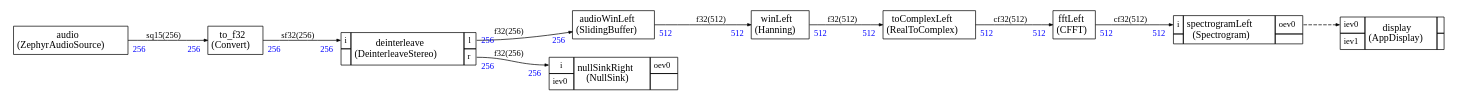
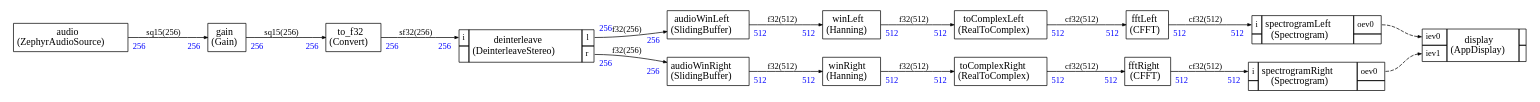
One commit to christophe0606/ZephyrAI changed the diagram in src/stream/scheduler/graph.dot. Above: the diagram before and after it, drawn with Graphviz. The commit also changed 13 other files, not shown here.

Commit message:
Spectrogram on Zephyr with display

```diff
--- a/src/stream/scheduler/graph.dot
+++ b/src/stream/scheduler/graph.dot
@@ -25,6 +25,13 @@
   </TR>
 </TABLE>>];
 
+audioWinRight [label=<
+<TABLE color="black" bgcolor="none" BORDER="0" CELLBORDER="1" CELLSPACING="0" CELLPADDING="4">
+  <TR>
+    <TD ALIGN="CENTER" PORT="i"><FONT COLOR="black" POINT-SIZE="14.0">audioWinRight<BR/>(SlidingBuffer)</FONT></TD>
+  </TR>
+</TABLE>>];
+
 
 deinterleave [label=<
 <TABLE color="black" bgcolor="none" BORDER="0" CELLBORDER="1" CELLSPACING="0" CELLPADDING="4">
@@ -48,20 +55,18 @@
   </TR>
 </TABLE>>];
 
-
-nullSinkRight [label=<
+fftRight [label=<
 <TABLE color="black" bgcolor="none" BORDER="0" CELLBORDER="1" CELLSPACING="0" CELLPADDING="4">
   <TR>
-    <TD PORT="i"><FONT POINT-SIZE="12.0" COLOR="black">i</FONT></TD>
-    <TD ALIGN="CENTER" ROWSPAN="2"><FONT COLOR="black" POINT-SIZE="14.0">nullSinkRight<BR/>(NullSink)</FONT></TD>
-    <TD PORT="oev0"><FONT POINT-SIZE="12.0" COLOR="black">oev0</FONT></TD>
+    <TD ALIGN="CENTER" PORT="i"><FONT COLOR="black" POINT-SIZE="14.0">fftRight<BR/>(CFFT)</FONT></TD>
   </TR>
-<TR>
-<TD PORT="iev0"><FONT POINT-SIZE="12.0" COLOR="black">iev0</FONT></TD>
+</TABLE>>];
 
- 
-<TD></TD></TR>
-
+gain [label=<
+<TABLE color="black" bgcolor="none" BORDER="0" CELLBORDER="1" CELLSPACING="0" CELLPADDING="4">
+  <TR>
+    <TD ALIGN="CENTER" PORT="i"><FONT COLOR="black" POINT-SIZE="14.0">gain<BR/>(Gain)</FONT></TD>
+  </TR>
 </TABLE>>];
 
 
@@ -80,10 +85,33 @@
 
 </TABLE>>];
 
+
+spectrogramRight [label=<
+<TABLE color="black" bgcolor="none" BORDER="0" CELLBORDER="1" CELLSPACING="0" CELLPADDING="4">
+  <TR>
+    <TD PORT="i"><FONT POINT-SIZE="12.0" COLOR="black">i</FONT></TD>
+    <TD ALIGN="CENTER" ROWSPAN="2"><FONT COLOR="black" POINT-SIZE="14.0">spectrogramRight<BR/>(Spectrogram)</FONT></TD>
+    <TD PORT="oev0"><FONT POINT-SIZE="12.0" COLOR="black">oev0</FONT></TD>
+  </TR>
+<TR>
+ 
+<TD></TD>
+ 
+<TD></TD></TR>
+
+</TABLE>>];
+
 toComplexLeft [label=<
 <TABLE color="black" bgcolor="none" BORDER="0" CELLBORDER="1" CELLSPACING="0" CELLPADDING="4">
   <TR>
     <TD ALIGN="CENTER" PORT="i"><FONT COLOR="black" POINT-SIZE="14.0">toComplexLeft<BR/>(RealToComplex)</FONT></TD>
+  </TR>
+</TABLE>>];
+
+toComplexRight [label=<
+<TABLE color="black" bgcolor="none" BORDER="0" CELLBORDER="1" CELLSPACING="0" CELLPADDING="4">
+  <TR>
+    <TD ALIGN="CENTER" PORT="i"><FONT COLOR="black" POINT-SIZE="14.0">toComplexRight<BR/>(RealToComplex)</FONT></TD>
   </TR>
 </TABLE>>];
 
@@ -98,6 +126,13 @@
 <TABLE color="black" bgcolor="none" BORDER="0" CELLBORDER="1" CELLSPACING="0" CELLPADDING="4">
   <TR>
     <TD ALIGN="CENTER" PORT="i"><FONT COLOR="black" POINT-SIZE="14.0">winLeft<BR/>(Hanning)</FONT></TD>
+  </TR>
+</TABLE>>];
+
+winRight [label=<
+<TABLE color="black" bgcolor="none" BORDER="0" CELLBORDER="1" CELLSPACING="0" CELLPADDING="4">
+  <TR>
+    <TD ALIGN="CENTER" PORT="i"><FONT COLOR="black" POINT-SIZE="14.0">winRight<BR/>(Hanning)</FONT></TD>
   </TR>
 </TABLE>>];
 
@@ -119,7 +154,13 @@
 
 
 
-audio:i -> to_f32:i [style="solid",color="black",fontsize="12.0",fontcolor="black",label=<sq15(256)>
+audio:i -> gain:i [style="solid",color="black",fontsize="12.0",fontcolor="black",label=<sq15(256)>
+,headlabel=<<TABLE BORDER="0" CELLPADDING="4"><TR><TD><FONT COLOR="blue" POINT-SIZE="12.0" >256</FONT>
+</TD></TR></TABLE>>
+,taillabel=<<TABLE BORDER="0" CELLPADDING="4"><TR><TD><FONT COLOR="blue" POINT-SIZE="12.0" >256</FONT>
+</TD></TR></TABLE>>]
+
+gain:i -> to_f32:i [style="solid",color="black",fontsize="12.0",fontcolor="black",label=<sq15(256)>
 ,headlabel=<<TABLE BORDER="0" CELLPADDING="4"><TR><TD><FONT COLOR="blue" POINT-SIZE="12.0" >256</FONT>
 </TD></TR></TABLE>>
 ,taillabel=<<TABLE BORDER="0" CELLPADDING="4"><TR><TD><FONT COLOR="blue" POINT-SIZE="12.0" >256</FONT>
@@ -161,10 +202,34 @@
 ,taillabel=<<TABLE BORDER="0" CELLPADDING="4"><TR><TD><FONT COLOR="blue" POINT-SIZE="12.0" >512</FONT>
 </TD></TR></TABLE>>]
 
-deinterleave:r -> nullSinkRight:i [style="solid",color="black",fontsize="12.0",fontcolor="black",label=<f32(256)>
+deinterleave:r -> audioWinRight:i [style="solid",color="black",fontsize="12.0",fontcolor="black",label=<f32(256)>
 ,headlabel=<<TABLE BORDER="0" CELLPADDING="4"><TR><TD><FONT COLOR="blue" POINT-SIZE="12.0" >256</FONT>
 </TD></TR></TABLE>>
 ,taillabel=<<TABLE BORDER="0" CELLPADDING="4"><TR><TD><FONT COLOR="blue" POINT-SIZE="12.0" >256</FONT>
+</TD></TR></TABLE>>]
+
+audioWinRight:i -> winRight:i [style="solid",color="black",fontsize="12.0",fontcolor="black",label=<f32(512)>
+,headlabel=<<TABLE BORDER="0" CELLPADDING="4"><TR><TD><FONT COLOR="blue" POINT-SIZE="12.0" >512</FONT>
+</TD></TR></TABLE>>
+,taillabel=<<TABLE BORDER="0" CELLPADDING="4"><TR><TD><FONT COLOR="blue" POINT-SIZE="12.0" >512</FONT>
+</TD></TR></TABLE>>]
+
+winRight:i -> toComplexRight:i [style="solid",color="black",fontsize="12.0",fontcolor="black",label=<f32(512)>
+,headlabel=<<TABLE BORDER="0" CELLPADDING="4"><TR><TD><FONT COLOR="blue" POINT-SIZE="12.0" >512</FONT>
+</TD></TR></TABLE>>
+,taillabel=<<TABLE BORDER="0" CELLPADDING="4"><TR><TD><FONT COLOR="blue" POINT-SIZE="12.0" >512</FONT>
+</TD></TR></TABLE>>]
+
+toComplexRight:i -> fftRight:i [style="solid",color="black",fontsize="12.0",fontcolor="black",label=<cf32(512)>
+,headlabel=<<TABLE BORDER="0" CELLPADDING="4"><TR><TD><FONT COLOR="blue" POINT-SIZE="12.0" >512</FONT>
+</TD></TR></TABLE>>
+,taillabel=<<TABLE BORDER="0" CELLPADDING="4"><TR><TD><FONT COLOR="blue" POINT-SIZE="12.0" >512</FONT>
+</TD></TR></TABLE>>]
+
+fftRight:i -> spectrogramRight:i [style="solid",color="black",fontsize="12.0",fontcolor="black",label=<cf32(512)>
+,headlabel=<<TABLE BORDER="0" CELLPADDING="4"><TR><TD><FONT COLOR="blue" POINT-SIZE="12.0" >512</FONT>
+</TD></TR></TABLE>>
+,taillabel=<<TABLE BORDER="0" CELLPADDING="4"><TR><TD><FONT COLOR="blue" POINT-SIZE="12.0" >512</FONT>
 </TD></TR></TABLE>>]
 
 
@@ -172,5 +237,8 @@
 spectrogramLeft:oev0 -> display:iev0 [style="dashed",color="black",fontsize="12.0",fontcolor="black",label=<>
 
 ]
+spectrogramRight:oev0 -> display:iev1 [style="dashed",color="black",fontsize="12.0",fontcolor="black",label=<>
+
+]
 
 }
```
